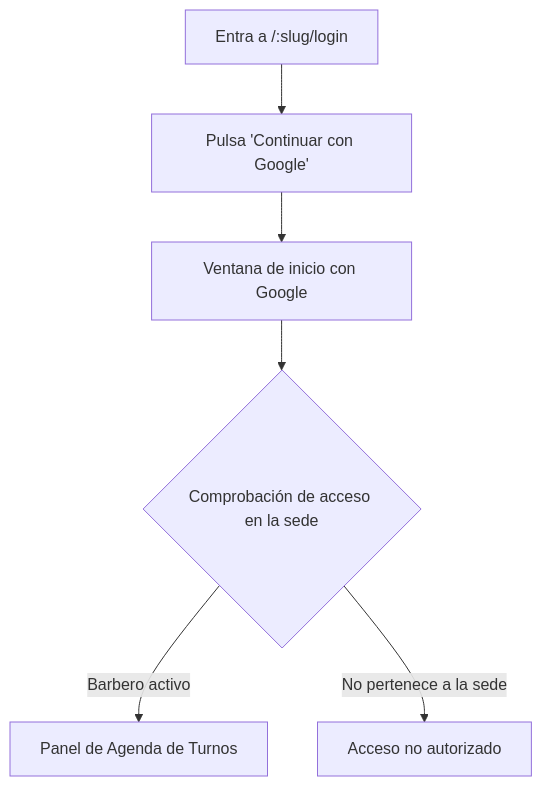
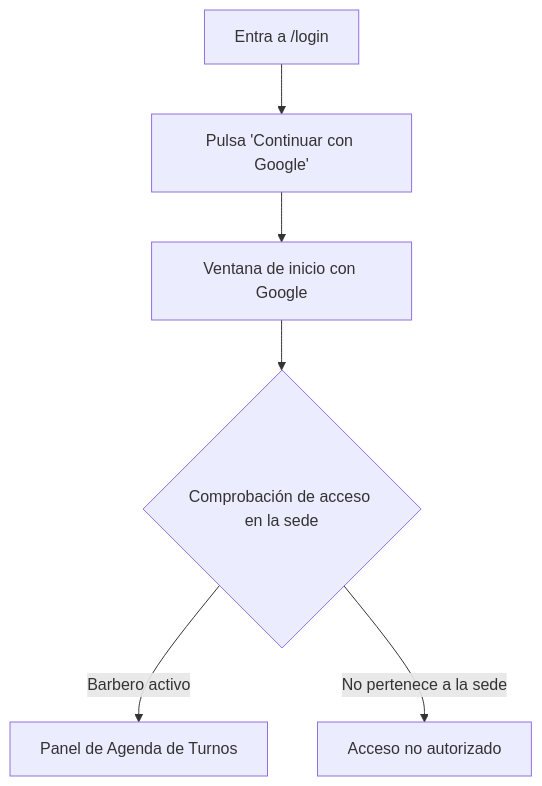
The third of 5 diagrams in docs/MANUAL_DE_USUARIO.md (dfelipe7/Barberia-Backend), drawn with Mermaid before and after one commit. The commit also changed other lines of this file and 16 other files, not shown here.

````diff
--- a/docs/MANUAL_DE_USUARIO.md
+++ b/docs/MANUAL_DE_USUARIO.md
@@ -307,8 +312,8 @@
 ```mermaid
 flowchart TD
-    Login["Entra a /:slug/login"] --> GoogleBtn["Pulsa 'Continuar con Google'"]
+    Login["Entra a /login"] --> GoogleBtn["Pulsa 'Continuar con Google'"]
     GoogleBtn --> GoogleOAuth["Ventana de inicio con Google"]
     GoogleOAuth --> AuthCheck{"Comprobación de acceso en la sede"}
     AuthCheck -->|Barbero activo| PanelStaff["Panel de Agenda de Turnos"]
     AuthCheck -->|No pertenece a la sede| Error403["Acceso no autorizado"]
 ```
````
